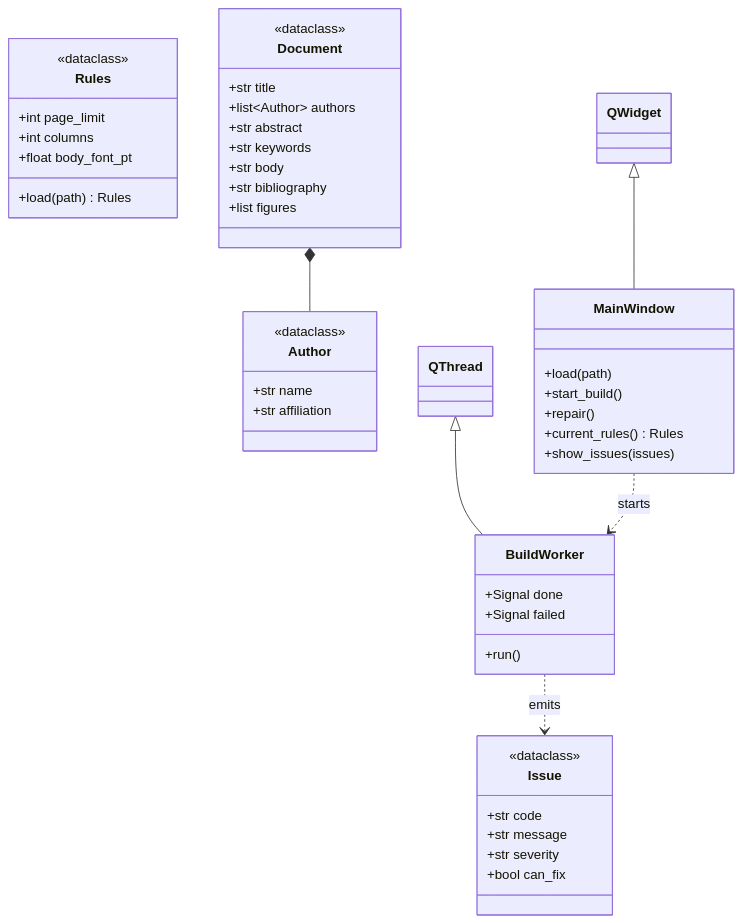
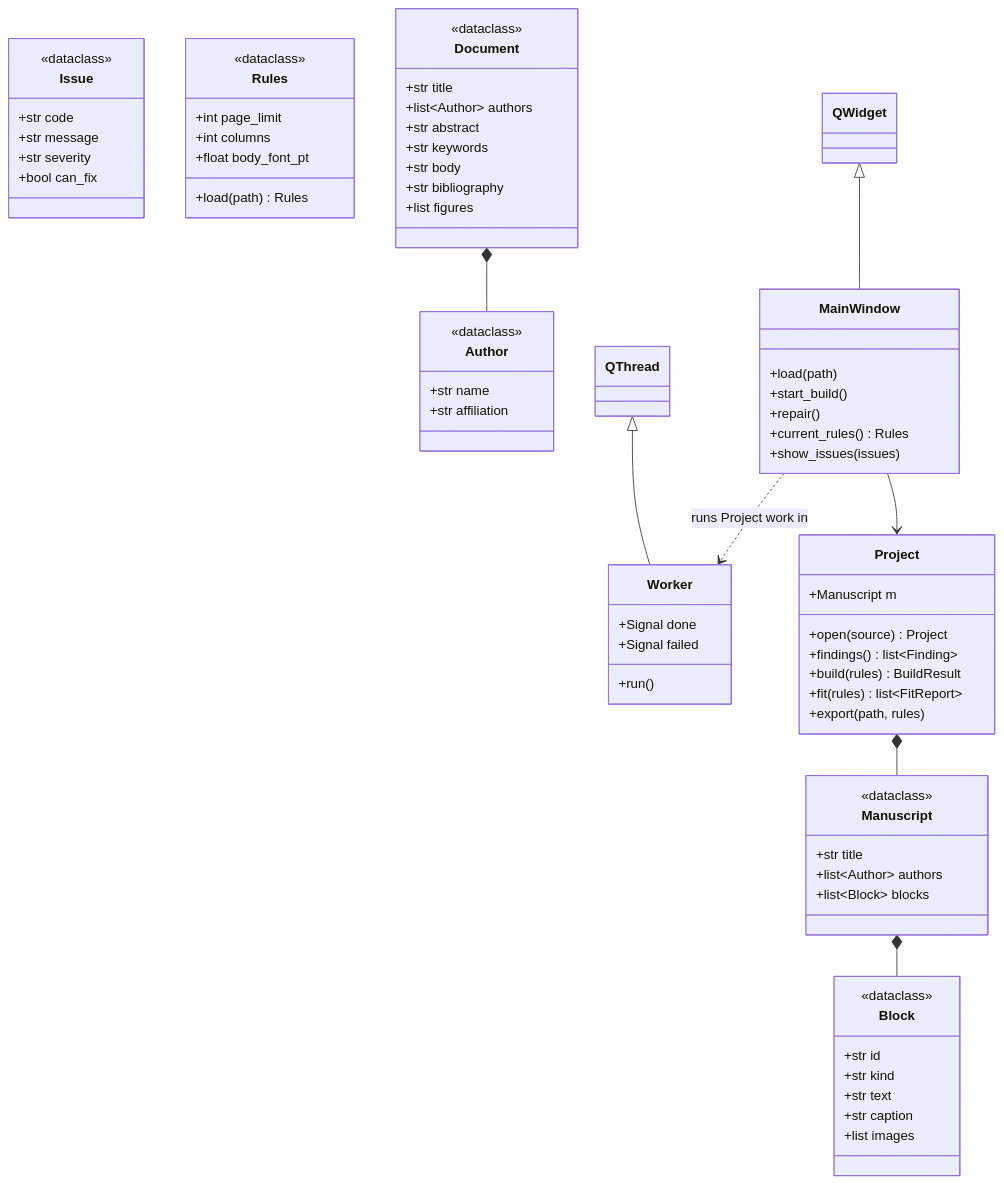
Before and after one commit to Krushna-007/prarup: the diagram in docs/05-python-design.md, drawn with Mermaid. The commit also changed other lines of this file and 17 other files, not shown here.

````diff
--- a/docs/05-python-design.md
+++ b/docs/05-python-design.md
@@ -18,52 +18,76 @@
 ```mermaid
 classDiagram
     class Issue {
         <<dataclass>>
         +str code
         +str message
         +str severity
         +bool can_fix
     }
     class Rules {
         <<dataclass>>
         +int page_limit
         +int columns
         +float body_font_pt
         +load(path) Rules
     }
     class Author {
         <<dataclass>>
         +str name
         +str affiliation
     }
     class Document {
         <<dataclass>>
         +str title
         +list~Author~ authors
         +str abstract
         +str keywords
         +str body
         +str bibliography
         +list figures
     }
     class QWidget
     class QThread
     class MainWindow {
         +load(path)
         +start_build()
         +repair()
         +current_rules() Rules
         +show_issues(issues)
     }
-    class BuildWorker {
+    class Worker {
         +Signal done
         +Signal failed
         +run()
     }
+    class Project {
+        +Manuscript m
+        +open(source) Project
+        +findings() list~Finding~
+        +build(rules) BuildResult
+        +fit(rules) list~FitReport~
+        +export(path, rules)
+    }
+    class Manuscript {
+        <<dataclass>>
+        +str title
+        +list~Author~ authors
+        +list~Block~ blocks
+    }
+    class Block {
+        <<dataclass>>
+        +str id
+        +str kind
+        +str text
+        +str caption
+        +list images
+    }
 
     QWidget <|-- MainWindow
-    QThread <|-- BuildWorker
+    QThread <|-- Worker
+    Project *-- Manuscript
+    Manuscript *-- Block
     Document *-- Author
-    MainWindow ..> BuildWorker : starts
-    BuildWorker ..> Issue : emits
+    MainWindow ..> Worker : runs Project work in
+    MainWindow --> Project
 ```
````
